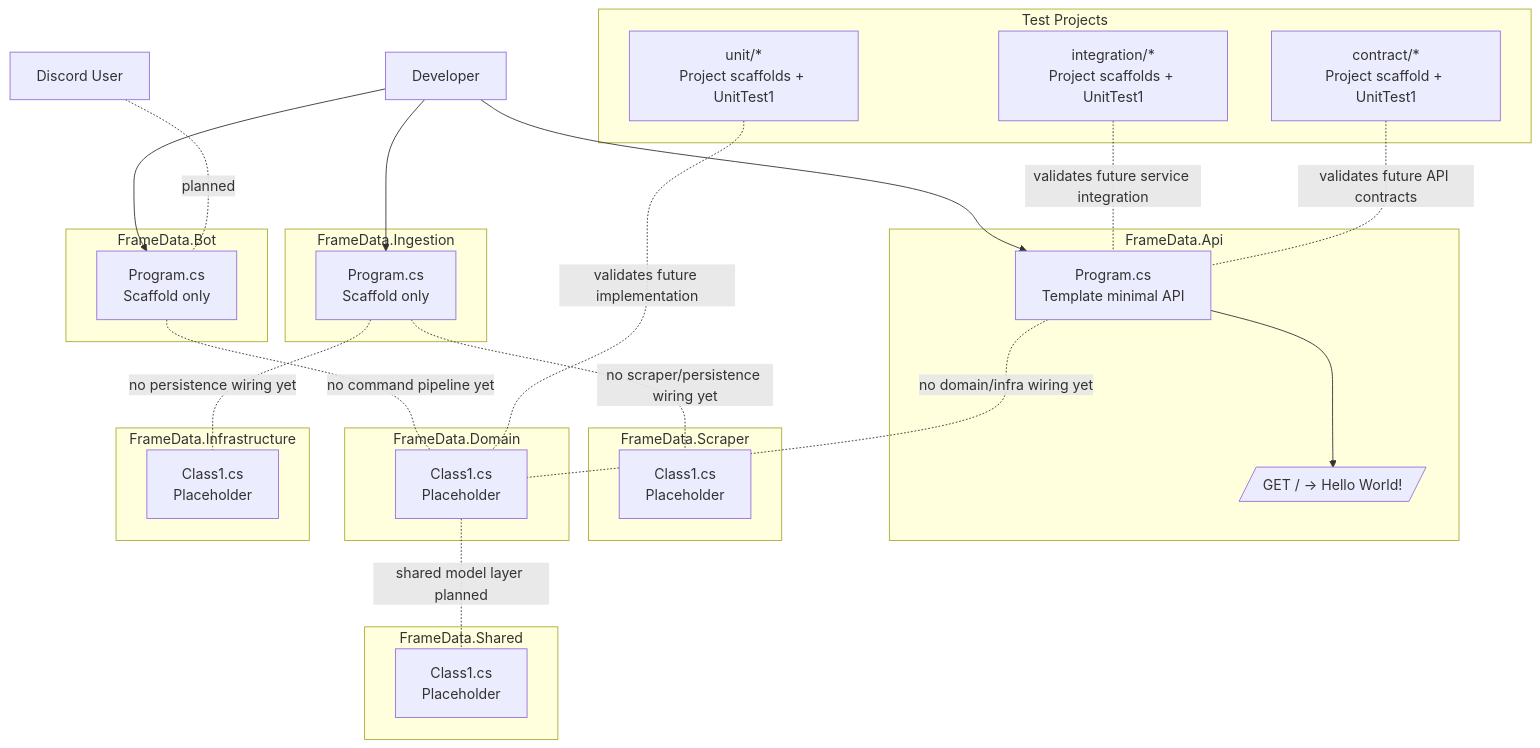
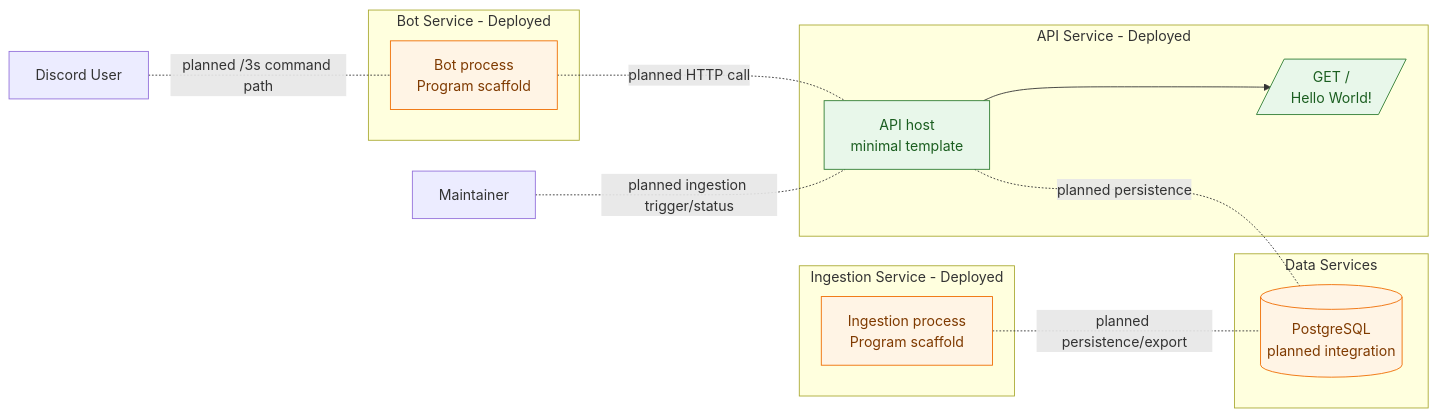
The diagram in docs/current-app-state.md (nmur/FrameDataBot), drawn with Mermaid before and after one commit. The commit also changed other lines of this file, not shown here.

Commit message:
docs: simplify architecture diagram to deployed components

````diff
--- a/docs/current-app-state.md
+++ b/docs/current-app-state.md
@@ -1,60 +3,40 @@
 ```mermaid
-flowchart TD
-  %% Current app state for 3sFrameDataBot (2026-03-31)
-  %% Reflects rollback to Phase 1-only scaffolding.
+flowchart LR
+  %% Deployment-oriented architecture snapshot (2026-03-31)
+  %% Phase 1 is implemented scaffolding; most runtime flows are planned.
 
-  Dev[Developer]
   User[Discord User]
+  Maintainer[Maintainer]
 
-  subgraph Bot[FrameData.Bot]
-    BotProgram[Program.cs\nScaffold only]
+  subgraph BotSvc[Bot Service - Deployed]
+    BotProc[Bot process<br/>Program scaffold]
   end
 
-  subgraph Api[FrameData.Api]
-    ApiProgram[Program.cs\nTemplate minimal API]
-    Root[/GET / -> Hello World!/]
+  subgraph ApiSvc[API Service - Deployed]
+    ApiProc[API host<br/>minimal template]
+    Root[/GET /<br/>Hello World!/]
   end
 
-  subgraph Ingestion[FrameData.Ingestion]
-    IngestionProgram[Program.cs\nScaffold only]
+  subgraph IngSvc[Ingestion Service - Deployed]
+    IngProc[Ingestion process<br/>Program scaffold]
   end
 
-  subgraph Scraper[FrameData.Scraper]
-    ScraperClass[Class1.cs\nPlaceholder]
+  subgraph Data[Data Services]
+    PG[(PostgreSQL<br/>planned integration)]
   end
 
-  subgraph Domain[FrameData.Domain]
-    DomainClass[Class1.cs\nPlaceholder]
-  end
+  User -.planned /3s command path.- BotProc
+  BotProc -.planned HTTP call.- ApiProc
+  ApiProc --> Root
 
-  subgraph Infrastructure[FrameData.Infrastructure]
-    InfraClass[Class1.cs\nPlaceholder]
-  end
+  Maintainer -.planned ingestion trigger/status.- ApiProc
+  ApiProc -.planned persistence.- PG
+  IngProc -.planned persistence/export.- PG
 
-  subgraph Shared[FrameData.Shared]
-    SharedClass[Class1.cs\nPlaceholder]
-  end
+  classDef implemented fill:#e8f7ea,stroke:#2e7d32,color:#1b5e20
+  classDef scaffold fill:#fff4e5,stroke:#ef6c00,color:#7f3a00
+  classDef planned stroke-dasharray: 5 5
 
-  subgraph Tests[Test Projects]
-    Unit[unit/*\nProject scaffolds + UnitTest1]
-    Integration[integration/*\nProject scaffolds + UnitTest1]
-    Contract[contract/*\nProject scaffold + UnitTest1]
-  end
-
-  Dev --> BotProgram
-  Dev --> ApiProgram
-  Dev --> IngestionProgram
-  User -.planned.- BotProgram
-  ApiProgram --> Root
-
-  BotProgram -.no command pipeline yet.- DomainClass
-  ApiProgram -.no domain/infra wiring yet.- DomainClass
-  IngestionProgram -.no scraper/persistence wiring yet.- ScraperClass
-  IngestionProgram -.no persistence wiring yet.- InfraClass
-  DomainClass -.shared model layer planned.- SharedClass
-  Unit -.validates future implementation.- DomainClass
-  Integration -.validates future service integration.- ApiProgram
-  Contract -.validates future API contracts.- ApiProgram
-
-  classDef planned stroke-dasharray: 5 5;
+  class ApiProc,Root implemented
+  class BotProc,IngProc,PG scaffold
 ```
````
